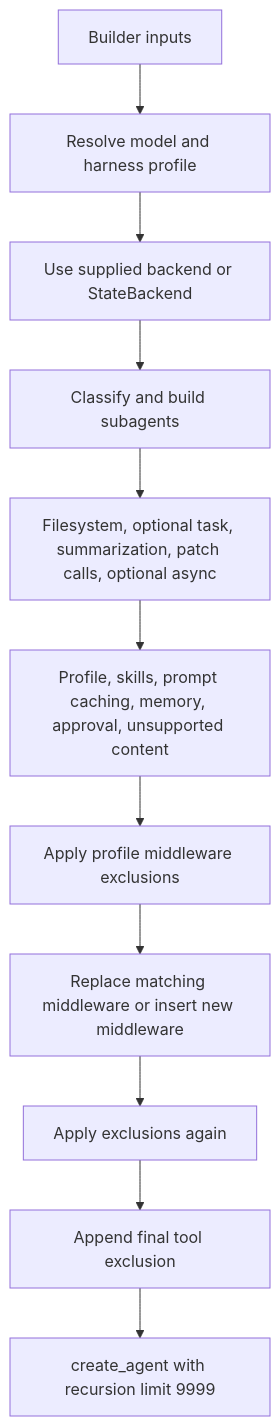
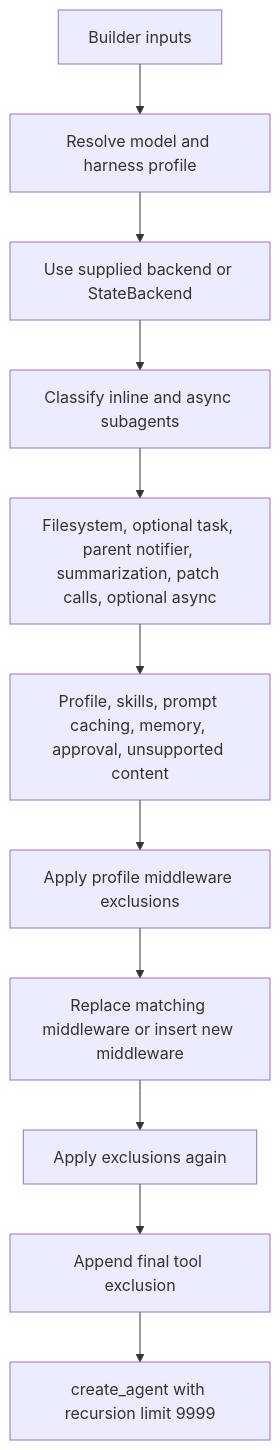
Before and after one commit to langchain-ai/deepagents: the first of 2 diagrams in openwiki/workflows/build-a-deep-agent.md, drawn with Mermaid. The commit also changed other lines of this file and 47 other files, not shown here.

````diff
--- a/openwiki/workflows/build-a-deep-agent.md
+++ b/openwiki/workflows/build-a-deep-agent.md
@@ -66,13 +70,13 @@
 ```mermaid
 flowchart TD
     Input["Builder inputs"] --> Resolve["Resolve model and harness profile"]
     Resolve --> Backend["Use supplied backend or StateBackend"]
-    Backend --> Agents["Classify and build subagents"]
-    Agents --> Core["Filesystem, optional task, summarization, patch calls, optional async"]
+    Backend --> Agents["Classify inline and async subagents"]
+    Agents --> Core["Filesystem, optional task, parent notifier, summarization, patch calls, optional async"]
     Core --> Tail["Profile, skills, prompt caching, memory, approval, unsupported content"]
     Tail --> FirstFilter["Apply profile middleware exclusions"]
     FirstFilter --> Custom["Replace matching middleware or insert new middleware"]
     Custom --> SecondFilter["Apply exclusions again"]
     SecondFilter --> ToolFilter["Append final tool exclusion"]
     ToolFilter --> Compile["create_agent with recursion limit 9999"]
 ```
````
